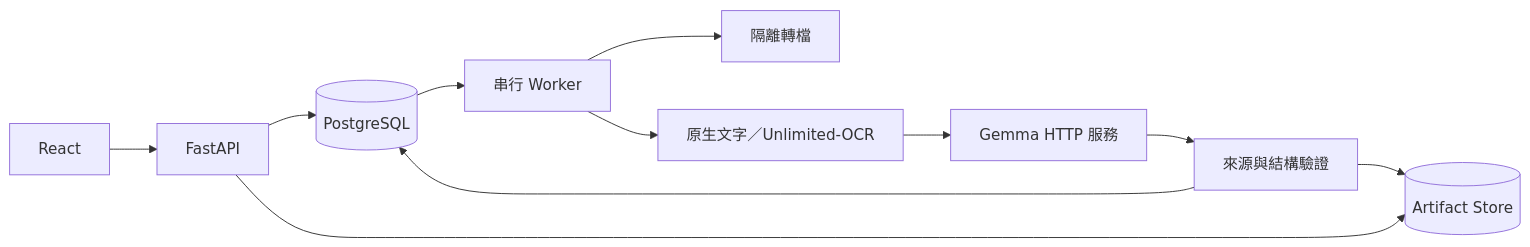
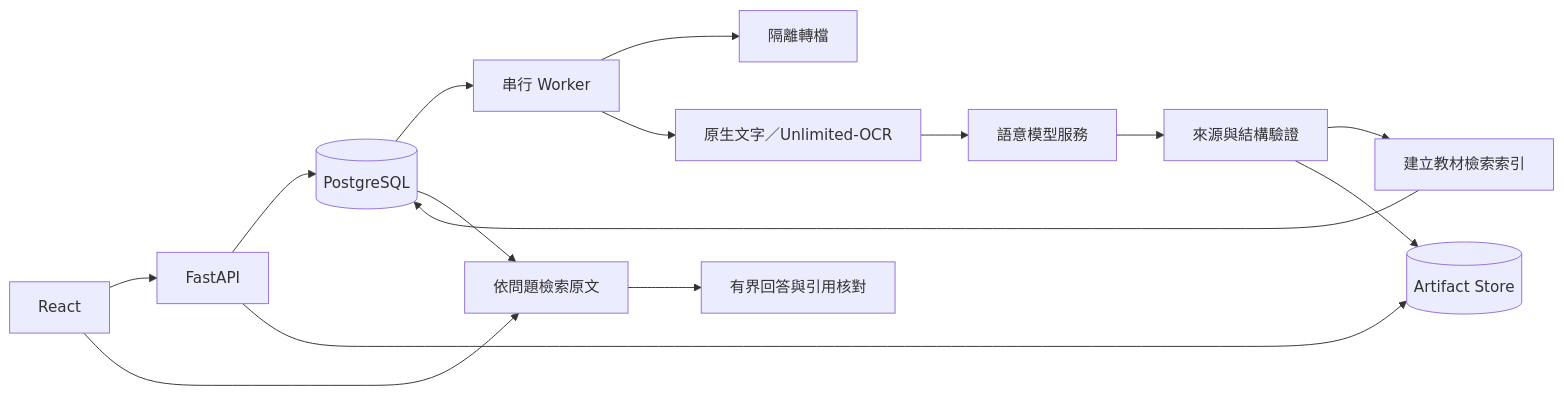
The diagram in docs/architecture.md (C6Yelan/Studydy), drawn with Mermaid before and after one commit. The commit also changed other lines of this file and 104 other files, not shown here.

```diff
--- a/docs/architecture.md
+++ b/docs/architecture.md
@@ -7,13 +7,17 @@
 ~~~mermaid
 flowchart LR
     UI[React] --> API[FastAPI]
     API --> DB[(PostgreSQL)]
     API --> Store[(Artifact Store)]
     DB --> Worker[串行 Worker]
     Worker --> Convert[隔離轉檔]
     Worker --> Evidence[原生文字／Unlimited-OCR]
-    Evidence --> Model[Gemma HTTP 服務]
+    Evidence --> Model[語意模型服務]
     Model --> Validate[來源與結構驗證]
-    Validate --> DB
+    Validate --> Index[建立教材檢索索引]
+    Index --> DB
+    UI --> Retrieve[依問題檢索原文]
+    DB --> Retrieve
+    Retrieve --> Answer[有界回答與引用核對]
     Validate --> Store
 ~~~
```
